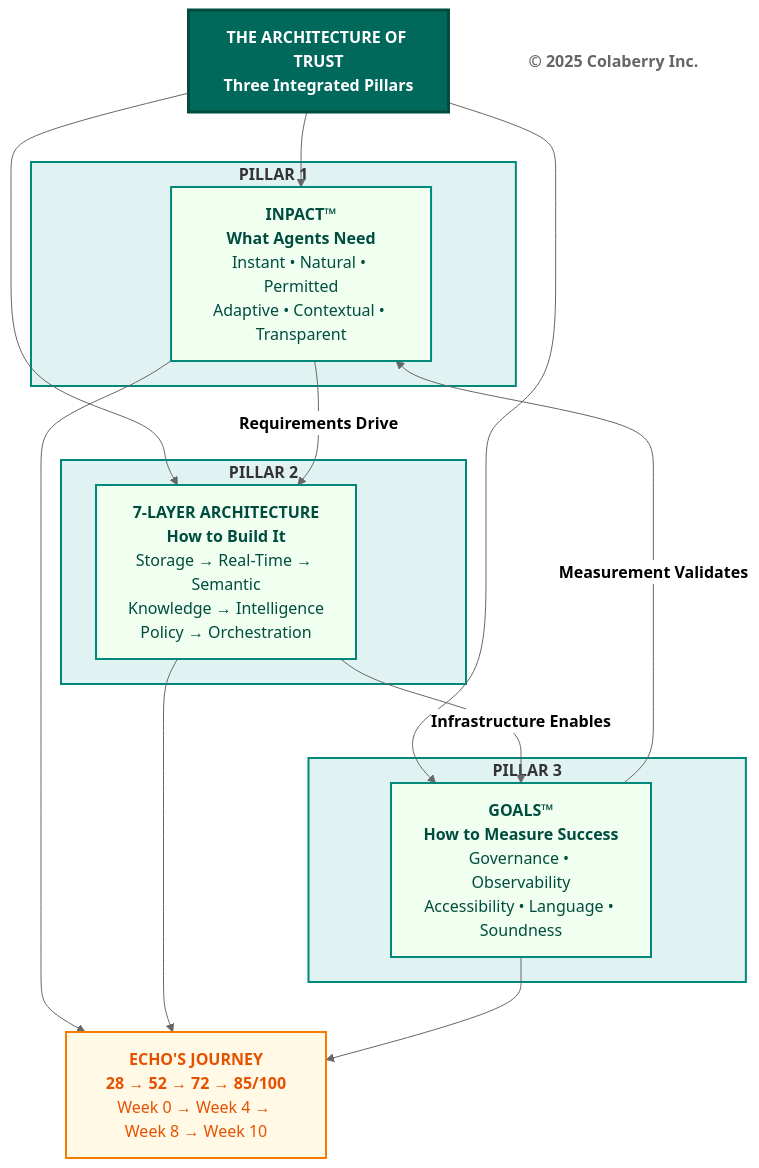
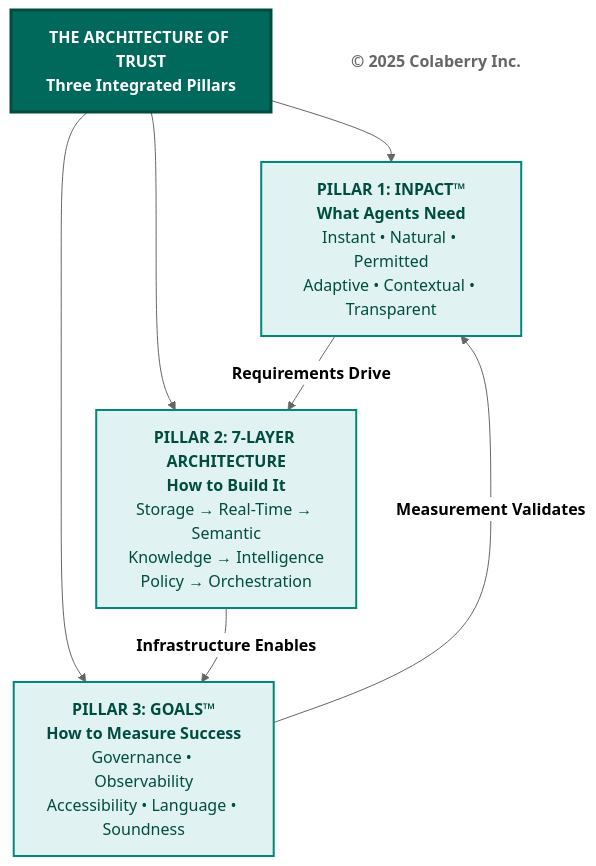
One commit to colaberry/trust-before-intelligence-book changed the third of 3 diagrams in manuscript/chapter_0_trust_before_intelligence_v2.md. Above: the diagram before and after it, drawn with Mermaid (neutral theme). The commit also changed other lines of this file and 3 other files, not shown here.

````diff
--- a/manuscript/chapter_0_trust_before_intelligence_v2.md
+++ b/manuscript/chapter_0_trust_before_intelligence_v2.md
@@ -268,42 +282,26 @@
 ```mermaid
 graph TB
     Title["<b>THE ARCHITECTURE OF TRUST</b><br/><b>Three Integrated Pillars</b>"]
     
-    subgraph Pillar1["<b>PILLAR 1</b>"]
-        INPACT["<b>INPACT™</b><br/><b>What Agents Need</b><br/>Instant • Natural • Permitted<br/>Adaptive • Contextual • Transparent"]
-    end
+    INPACT["<b>PILLAR 1: INPACT™</b><br/><b>What Agents Need</b><br/>Instant • Natural • Permitted<br/>Adaptive • Contextual • Transparent"]
     
-    subgraph Pillar2["<b>PILLAR 2</b>"]
-        Layers["<b>7-LAYER ARCHITECTURE</b><br/><b>How to Build It</b><br/>Storage → Real-Time → Semantic<br/>Knowledge → Intelligence<br/>Policy → Orchestration"]
-    end
+    Layers["<b>PILLAR 2: 7-LAYER ARCHITECTURE</b><br/><b>How to Build It</b><br/>Storage → Real-Time → Semantic<br/>Knowledge → Intelligence<br/>Policy → Orchestration"]
     
-    subgraph Pillar3["<b>PILLAR 3</b>"]
-        GOALS["<b>GOALS™</b><br/><b>How to Measure Success</b><br/>Governance • Observability<br/>Accessibility • Language • Soundness"]
-    end
+    GOALS["<b>PILLAR 3: GOALS™</b><br/><b>How to Measure Success</b><br/>Governance • Observability<br/>Accessibility • Language • Soundness"]
     
-    Echo["<b>ECHO'S JOURNEY</b><br/><b>28 → 52 → 72 → 85/100</b><br/>Week 0 → Week 4 → Week 8 → Week 10"]
+    Copyright["<b>© 2025 Colaberry Inc.</b>"]
     
     Title --> INPACT
     Title --> Layers
     Title --> GOALS
     
     INPACT -->|<b>Requirements Drive</b>| Layers
     Layers -->|<b>Infrastructure Enables</b>| GOALS
     GOALS -->|<b>Measurement Validates</b>| INPACT
     
-    INPACT --> Echo
-    Layers --> Echo
-    GOALS --> Echo
-    
-    Copyright["<b>© 2025 Colaberry Inc.</b>"]
-    
     style Title fill:#00695c,color:#ffffff,stroke:#004d40,stroke-width:3px
-    style Pillar1 fill:#e0f2f1,stroke:#00897b,stroke-width:2px
-    style Pillar2 fill:#e0f2f1,stroke:#00897b,stroke-width:2px
-    style Pillar3 fill:#e0f2f1,stroke:#00897b,stroke-width:2px
-    style INPACT fill:#f0fff0,stroke:#00897b,stroke-width:2px,color:#004d40
-    style Layers fill:#f0fff0,stroke:#00897b,stroke-width:2px,color:#004d40
-    style GOALS fill:#f0fff0,stroke:#00897b,stroke-width:2px,color:#004d40
-    style Echo fill:#fff9e6,stroke:#f57c00,stroke-width:2px,color:#e65100
+    style INPACT fill:#e0f2f1,stroke:#00897b,stroke-width:2px,color:#004d40
+    style Layers fill:#e0f2f1,stroke:#00897b,stroke-width:2px,color:#004d40
+    style GOALS fill:#e0f2f1,stroke:#00897b,stroke-width:2px,color:#004d40
     style Copyright fill:#ffffff,stroke:none,color:#666666
 ```
````
